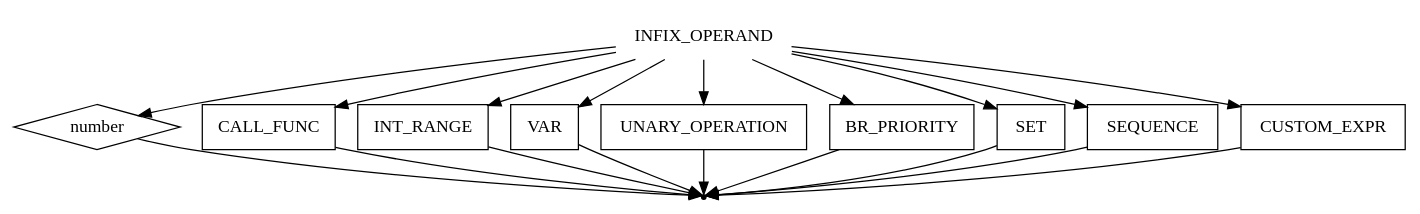
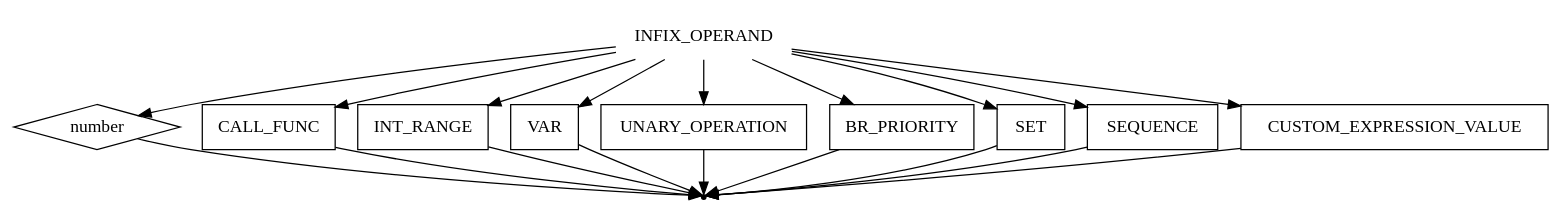
Before and after one commit to ayu-f/DSL_Pseudocode: the diagram in pseudocode/infix_operand.gv, drawn with Graphviz. The commit also changed 2 other files, not shown here.

```diff
--- a/pseudocode/infix_operand.gv
+++ b/pseudocode/infix_operand.gv
@@ -1,34 +1,34 @@
 digraph INFIX_OPERAND {
     start [label=INFIX_OPERAND shape=plaintext]
     int_const [label=number shape=diamond]
     call_func [label=CALL_FUNC shape=box]
     int_range [label=INT_RANGE shape=box]
     var [label=VAR shape=box]
     operation_unary [label=UNARY_OPERATION shape=box]
     br_prior [label=BR_PRIORITY shape=box]
     set [label=SET shape=box]
     sequence [label=SEQUENCE shape=box]
-    custom_expr_value [label=CUSTOM_EXPR shape=box]
+    custom_expr_value [label=CUSTOM_EXPRESSION_VALUE shape=box]
 
     end [label="" shape=point]
 
+    start -> sequence
+    start -> set
+    start -> custom_expr_value
+    start -> operation_unary
+    start -> call_func
+    start -> br_prior
     start -> int_const
     start -> var
-    start -> operation_unary
-    start -> set
-    start -> sequence
-    start -> call_func
     start -> int_range
-    start -> br_prior
-    start -> custom_expr_value
 
     int_const -> end
     call_func -> end
     int_range -> end
     var -> end
     operation_unary -> end
     br_prior -> end
     set -> end
     sequence -> end
     custom_expr_value -> end
 }
```
